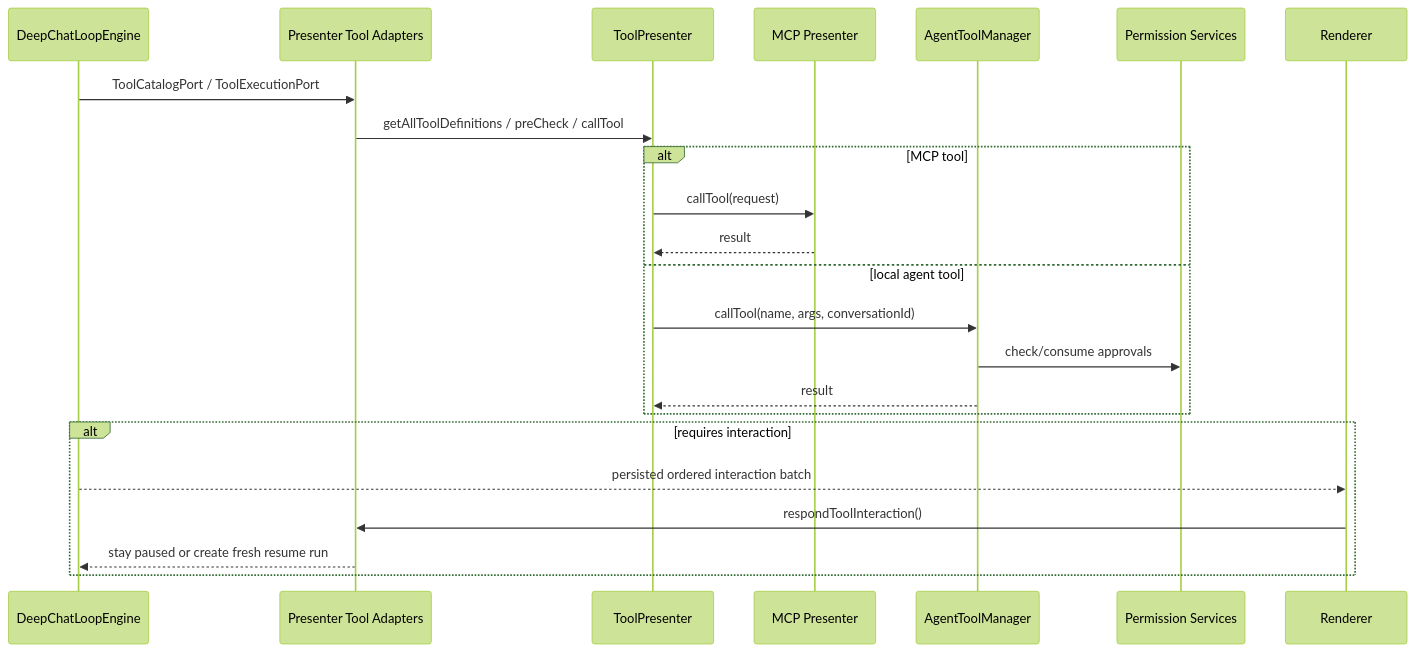
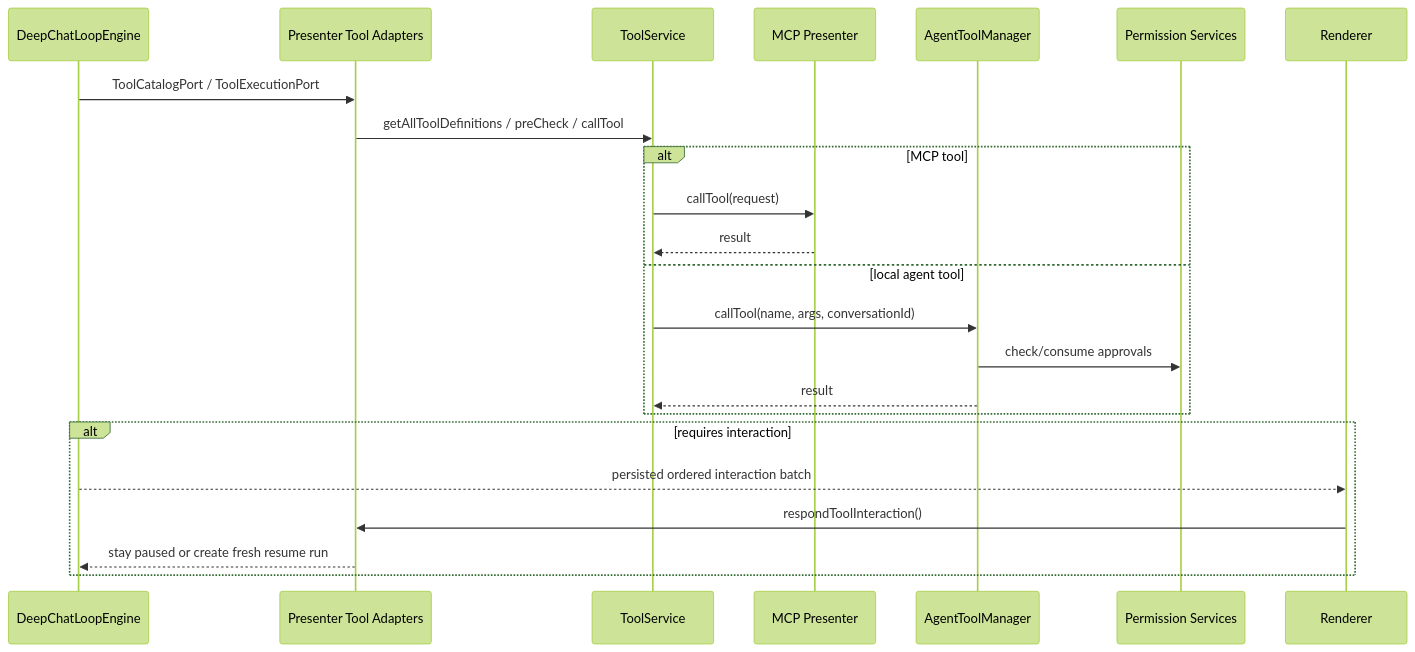
The third of 9 diagrams in docs/FLOWS.md (ThinkInAIXYZ/deepchat), drawn with Mermaid (forest theme) before and after one commit. The commit also changed other lines of this file and 76 other files, not shown here.

Commit message:
refactor(tool): move runtime out of presenter

````diff
--- a/docs/FLOWS.md
+++ b/docs/FLOWS.md
@@ -88,28 +88,28 @@
 ```mermaid
 sequenceDiagram
     participant L as DeepChatLoopEngine
     participant PA as Presenter Tool Adapters
-    participant T as ToolPresenter
+    participant T as ToolService
     participant M as MCP Presenter
     participant AT as AgentToolManager
     participant P as Permission Services
     participant R as Renderer
 
     L->>PA: ToolCatalogPort / ToolExecutionPort
     PA->>T: getAllToolDefinitions / preCheck / callTool
 
     alt MCP tool
         T->>M: callTool(request)
         M-->>T: result
     else local agent tool
         T->>AT: callTool(name, args, conversationId)
         AT->>P: check/consume approvals
         AT-->>T: result
     end
 
     alt requires interaction
         L-->>R: persisted ordered interaction batch
         R->>PA: respondToolInteraction()
         PA-->>L: stay paused or create fresh resume run
     end
 ```
````
